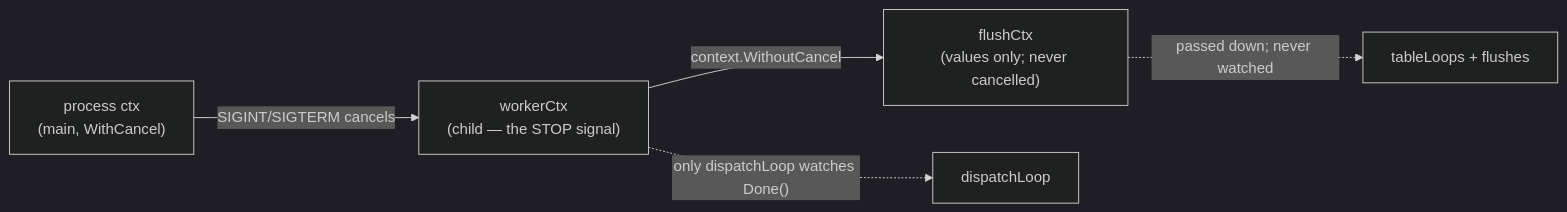
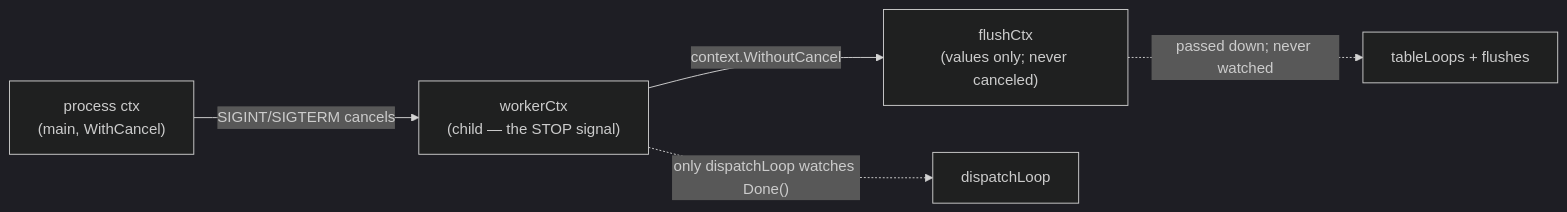
Before and after one commit to Wave-RF/WaveHouse: the fifth of 8 diagrams in docs/src/content/docs/ingest-pipeline.md, drawn with Mermaid (dark theme). The commit also changed other lines of this file and 27 other files, not shown here.

````diff
--- a/docs/src/content/docs/ingest-pipeline.md
+++ b/docs/src/content/docs/ingest-pipeline.md
@@ -184,7 +184,7 @@
 ```mermaid
 flowchart LR
     PC["process ctx<br/>(main, WithCancel)"] -->|"SIGINT/SIGTERM cancels"| WC["workerCtx<br/>(child — the STOP signal)"]
-    WC -->|"context.WithoutCancel"| FC["flushCtx<br/>(values only; never cancelled)"]
+    WC -->|"context.WithoutCancel"| FC["flushCtx<br/>(values only; never canceled)"]
     WC -.->|"only dispatchLoop watches Done()"| D[dispatchLoop]
     FC -.->|"passed down; never watched"| TL["tableLoops + flushes"]
 ```
````
